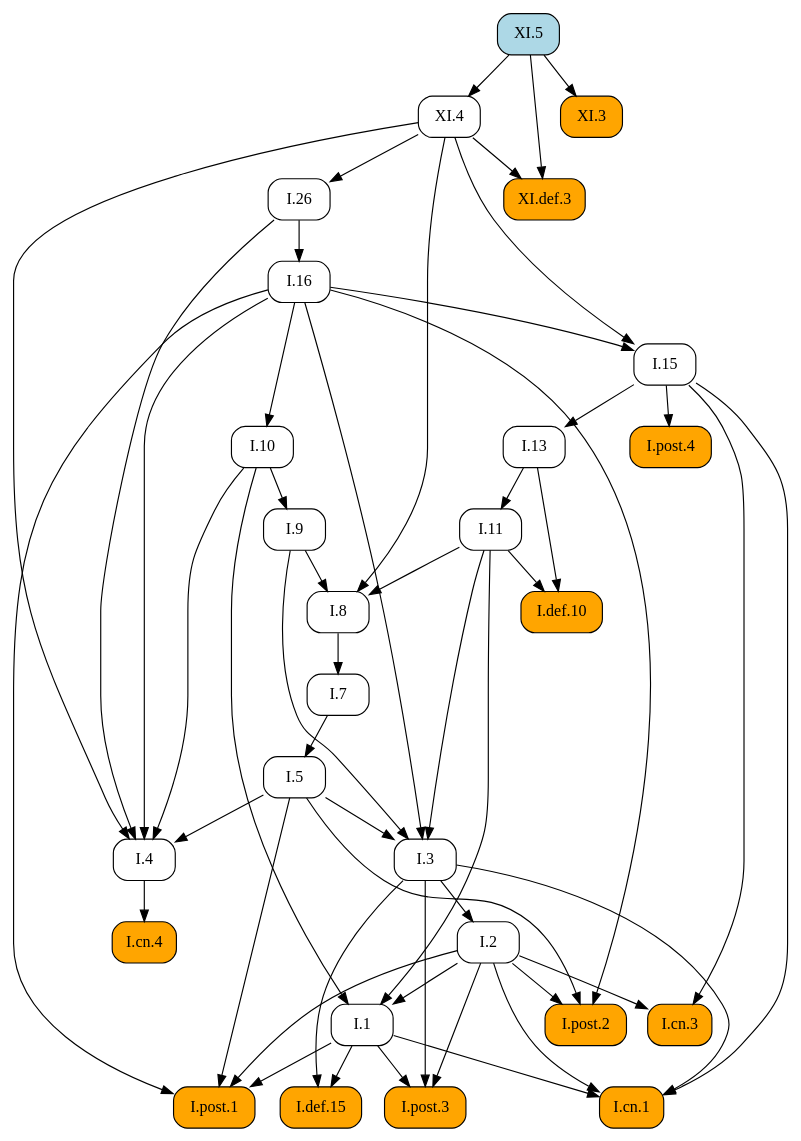
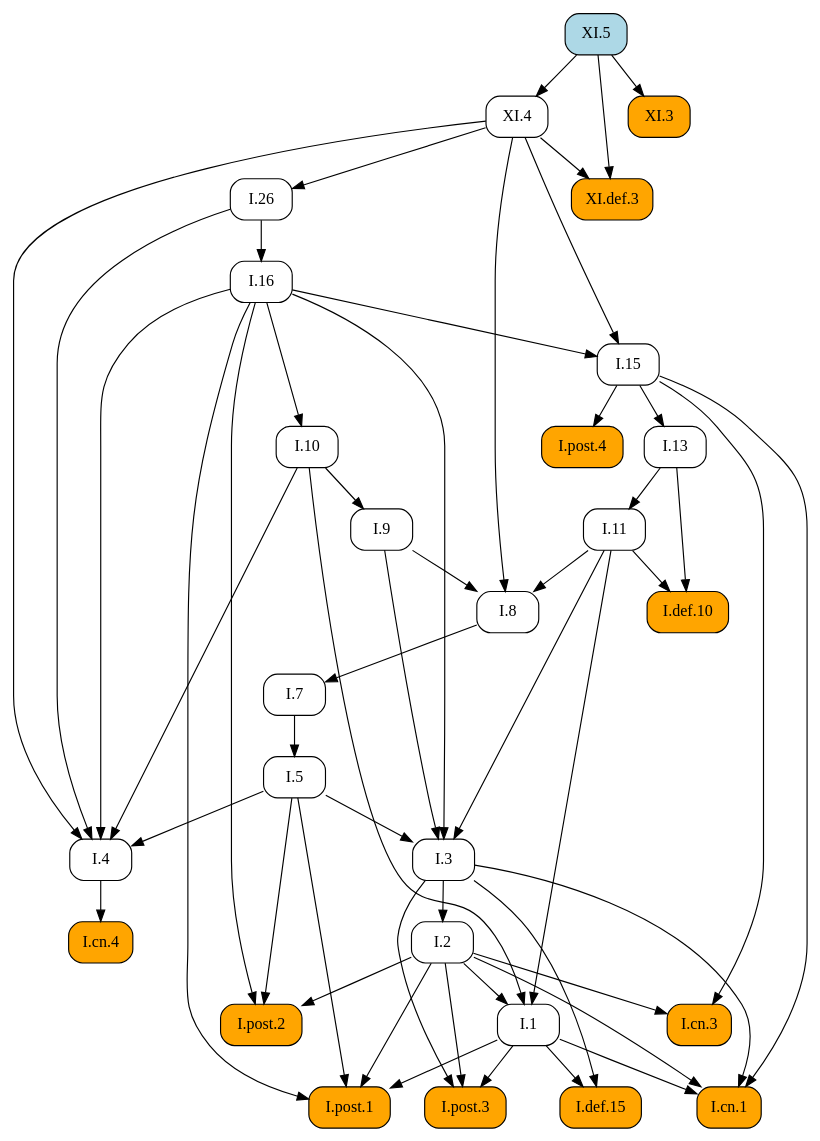
One commit to geometor/elements changed the diagram in docsrc/heath/XI/5/index.rst. Above: the diagram before and after it, drawn with Graphviz. The commit also changed other lines of this file and 484 other files, not shown here.

```diff
--- a/docsrc/heath/XI/5/index.rst
+++ b/docsrc/heath/XI/5/index.rst
@@ -49,83 +49,83 @@
    digraph {
      rankdir="TB";
      node [shape=box, style=rounded];
+     "I.9" [URL="/heath/I/9/", target="_top"];
+     "I.cn.1" [style="rounded,filled", fillcolor=orange, URL="/heath/I/cn.1/", target="_top"];
+     "I.7" [URL="/heath/I/7/", target="_top"];
+     "XI.4" [URL="/heath/XI/4/", target="_top"];
+     "I.2" [URL="/heath/I/2/", target="_top"];
+     "I.def.15" [style="rounded,filled", fillcolor=orange, URL="/heath/I/def.15/", target="_top"];
+     "I.13" [URL="/heath/I/13/", target="_top"];
+     "I.post.4" [style="rounded,filled", fillcolor=orange, URL="/heath/I/post.4/", target="_top"];
+     "I.4" [URL="/heath/I/4/", target="_top"];
+     "I.1" [URL="/heath/I/1/", target="_top"];
+     "I.post.3" [style="rounded,filled", fillcolor=orange, URL="/heath/I/post.3/", target="_top"];
+     "I.post.1" [style="rounded,filled", fillcolor=orange, URL="/heath/I/post.1/", target="_top"];
+     "I.5" [URL="/heath/I/5/", target="_top"];
+     "I.8" [URL="/heath/I/8/", target="_top"];
+     "XI.3" [style="rounded,filled", fillcolor=orange, URL="/heath/XI/3/", target="_top"];
+     "I.cn.3" [style="rounded,filled", fillcolor=orange, URL="/heath/I/cn.3/", target="_top"];
+     "XI.5" [style="rounded,filled", fillcolor=lightblue, URL="/heath/XI/5/", target="_top"];
+     "I.16" [URL="/heath/I/16/", target="_top"];
      "I.def.10" [style="rounded,filled", fillcolor=orange, URL="/heath/I/def.10/", target="_top"];
+     "I.15" [URL="/heath/I/15/", target="_top"];
      "XI.def.3" [style="rounded,filled", fillcolor=orange, URL="/heath/XI/def.3/", target="_top"];
-     "I.post.4" [style="rounded,filled", fillcolor=orange, URL="/heath/I/post.4/", target="_top"];
+     "I.10" [URL="/heath/I/10/", target="_top"];
      "I.11" [URL="/heath/I/11/", target="_top"];
-     "I.1" [URL="/heath/I/1/", target="_top"];
+     "I.cn.4" [style="rounded,filled", fillcolor=orange, URL="/heath/I/cn.4/", target="_top"];
+     "I.post.2" [style="rounded,filled", fillcolor=orange, URL="/heath/I/post.2/", target="_top"];
      "I.26" [URL="/heath/I/26/", target="_top"];
-     "I.7" [URL="/heath/I/7/", target="_top"];
      "I.3" [URL="/heath/I/3/", target="_top"];
-     "I.2" [URL="/heath/I/2/", target="_top"];
-     "I.4" [URL="/heath/I/4/", target="_top"];
-     "I.13" [URL="/heath/I/13/", target="_top"];
-     "I.post.2" [style="rounded,filled", fillcolor=orange, URL="/heath/I/post.2/", target="_top"];
-     "I.16" [URL="/heath/I/16/", target="_top"];
-     "I.def.15" [style="rounded,filled", fillcolor=orange, URL="/heath/I/def.15/", target="_top"];
-     "I.9" [URL="/heath/I/9/", target="_top"];
-     "I.post.3" [style="rounded,filled", fillcolor=orange, URL="/heath/I/post.3/", target="_top"];
-     "XI.5" [style="rounded,filled", fillcolor=lightblue, URL="/heath/XI/5/", target="_top"];
-     "I.cn.1" [style="rounded,filled", fillcolor=orange, URL="/heath/I/cn.1/", target="_top"];
-     "I.cn.3" [style="rounded,filled", fillcolor=orange, URL="/heath/I/cn.3/", target="_top"];
-     "I.8" [URL="/heath/I/8/", target="_top"];
-     "I.cn.4" [style="rounded,filled", fillcolor=orange, URL="/heath/I/cn.4/", target="_top"];
-     "I.15" [URL="/heath/I/15/", target="_top"];
-     "XI.4" [URL="/heath/XI/4/", target="_top"];
-     "I.post.1" [style="rounded,filled", fillcolor=orange, URL="/heath/I/post.1/", target="_top"];
-     "I.10" [URL="/heath/I/10/", target="_top"];
-     "I.5" [URL="/heath/I/5/", target="_top"];
-     "XI.3" [style="rounded,filled", fillcolor=orange, URL="/heath/XI/3/", target="_top"];
-     "I.11" -> "I.def.10";
-     "I.13" -> "I.def.10";
-     "XI.4" -> "XI.def.3";
-     "XI.5" -> "XI.def.3";
+     "I.10" -> "I.9";
+     "I.1" -> "I.cn.1";
+     "I.2" -> "I.cn.1";
+     "I.3" -> "I.cn.1";
+     "I.15" -> "I.cn.1";
+     "I.8" -> "I.7";
+     "XI.5" -> "XI.4";
+     "I.3" -> "I.2";
+     "I.1" -> "I.def.15";
+     "I.3" -> "I.def.15";
+     "I.15" -> "I.13";
      "I.15" -> "I.post.4";
-     "I.13" -> "I.11";
-     "I.2" -> "I.1";
-     "I.10" -> "I.1";
-     "I.11" -> "I.1";
-     "XI.4" -> "I.26";
-     "I.8" -> "I.7";
-     "I.5" -> "I.3";
-     "I.9" -> "I.3";
-     "I.11" -> "I.3";
-     "I.16" -> "I.3";
-     "I.3" -> "I.2";
      "I.5" -> "I.4";
      "I.10" -> "I.4";
      "I.16" -> "I.4";
      "I.26" -> "I.4";
      "XI.4" -> "I.4";
-     "I.15" -> "I.13";
-     "I.2" -> "I.post.2";
-     "I.5" -> "I.post.2";
-     "I.16" -> "I.post.2";
-     "I.26" -> "I.16";
-     "I.1" -> "I.def.15";
-     "I.3" -> "I.def.15";
-     "I.10" -> "I.9";
+     "I.2" -> "I.1";
+     "I.10" -> "I.1";
+     "I.11" -> "I.1";
      "I.1" -> "I.post.3";
      "I.2" -> "I.post.3";
      "I.3" -> "I.post.3";
-     "I.1" -> "I.cn.1";
-     "I.2" -> "I.cn.1";
-     "I.3" -> "I.cn.1";
-     "I.15" -> "I.cn.1";
-     "I.2" -> "I.cn.3";
-     "I.15" -> "I.cn.3";
-     "I.9" -> "I.8";
-     "I.11" -> "I.8";
-     "XI.4" -> "I.8";
-     "I.4" -> "I.cn.4";
-     "I.16" -> "I.15";
-     "XI.4" -> "I.15";
-     "XI.5" -> "XI.4";
      "I.1" -> "I.post.1";
      "I.2" -> "I.post.1";
      "I.5" -> "I.post.1";
      "I.16" -> "I.post.1";
+     "I.7" -> "I.5";
+     "I.9" -> "I.8";
+     "I.11" -> "I.8";
+     "XI.4" -> "I.8";
+     "XI.5" -> "XI.3";
+     "I.2" -> "I.cn.3";
+     "I.15" -> "I.cn.3";
+     "I.26" -> "I.16";
+     "I.11" -> "I.def.10";
+     "I.13" -> "I.def.10";
+     "I.16" -> "I.15";
+     "XI.4" -> "I.15";
+     "XI.4" -> "XI.def.3";
+     "XI.5" -> "XI.def.3";
      "I.16" -> "I.10";
-     "I.7" -> "I.5";
-     "XI.5" -> "XI.3";
+     "I.13" -> "I.11";
+     "I.4" -> "I.cn.4";
+     "I.2" -> "I.post.2";
+     "I.5" -> "I.post.2";
+     "I.16" -> "I.post.2";
+     "XI.4" -> "I.26";
+     "I.5" -> "I.3";
+     "I.9" -> "I.3";
+     "I.11" -> "I.3";
+     "I.16" -> "I.3";
    }
```
